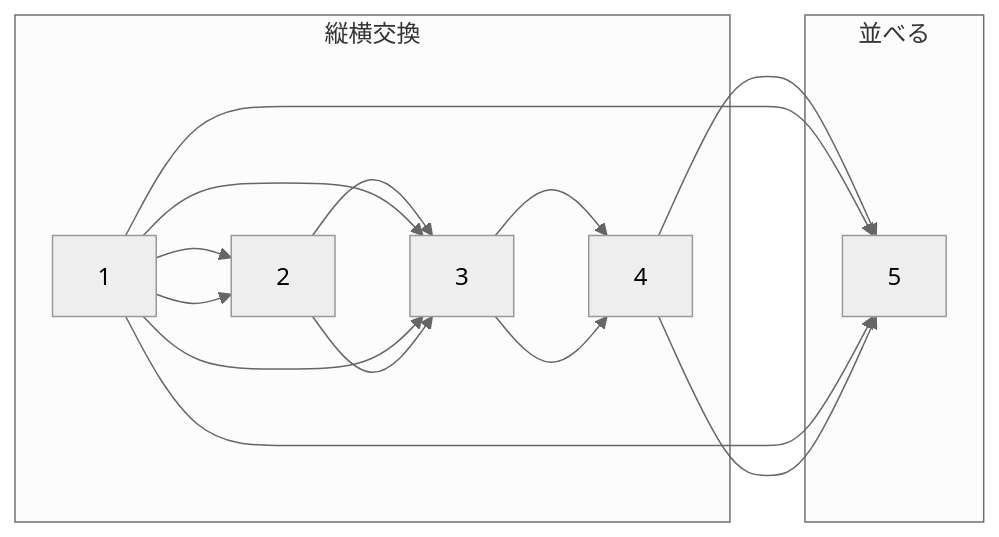
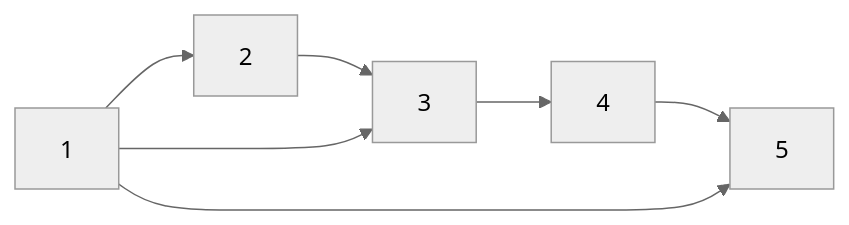
Before and after one commit to TakumiOtagaki/my_atcoder: the diagram in Xmascontest2023/A.md, drawn with Mermaid (neutral theme).

````diff
--- a/Xmascontest2023/A.md
+++ b/Xmascontest2023/A.md
@@ -111,17 +111,8 @@
 ```mermaid
 graph LR;
 1 --> 2 --> 3 --> 4 --> 5
 1-->3
 1-->5
-subgraph 縦横交換
-1-->2
-3-->4
-end
 
-subgraph 並べる
-1-->5;4-->5
-1-->3;2-->3
-
-end
 
 ```
````
